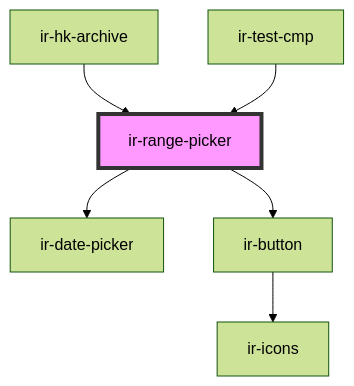
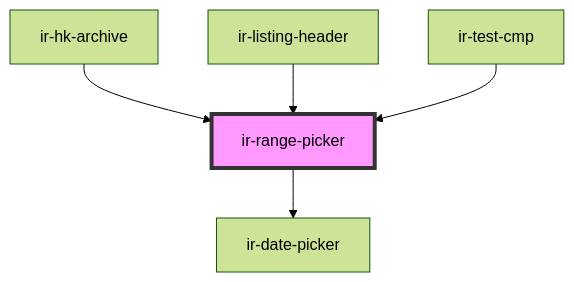
Before and after one commit to David1Chowaifaty/modified-ir-webcmp: the diagram in src/components/ir-housekeeping/ir-hk-tasks/ir-hk-archive/ir-range-picker/readme.md, drawn with Mermaid (forest theme). The commit also changed other lines of this file and 8 other files, not shown here.

````diff
--- a/src/components/ir-housekeeping/ir-hk-tasks/ir-hk-archive/ir-range-picker/readme.md
+++ b/src/components/ir-housekeeping/ir-hk-tasks/ir-hk-archive/ir-range-picker/readme.md
@@ -36,9 +40,8 @@
 ```mermaid
 graph TD;
   ir-range-picker --> ir-date-picker
-  ir-range-picker --> ir-button
-  ir-button --> ir-icons
   ir-hk-archive --> ir-range-picker
+  ir-listing-header --> ir-range-picker
   ir-test-cmp --> ir-range-picker
   style ir-range-picker fill:#f9f,stroke:#333,stroke-width:4px
 ```
````
